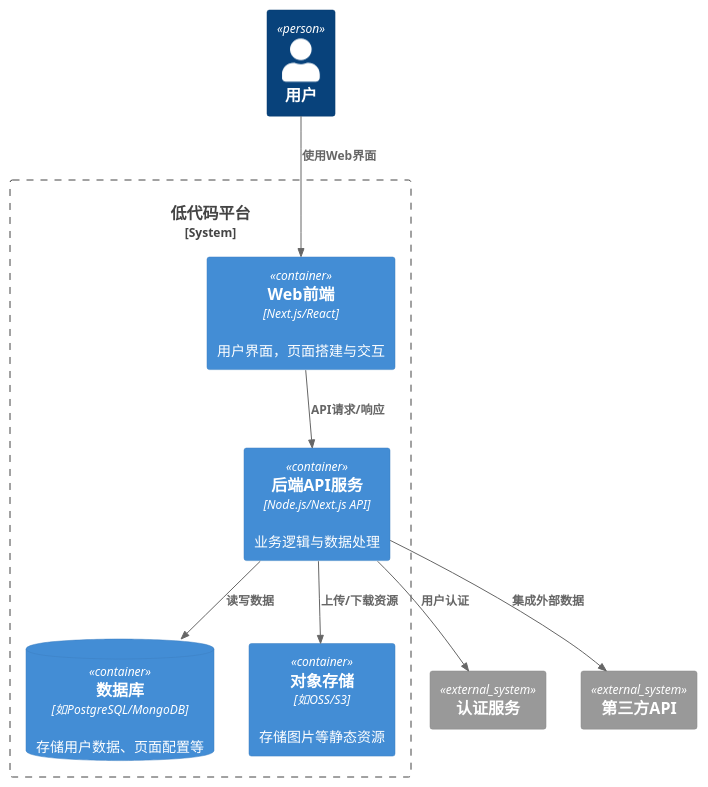
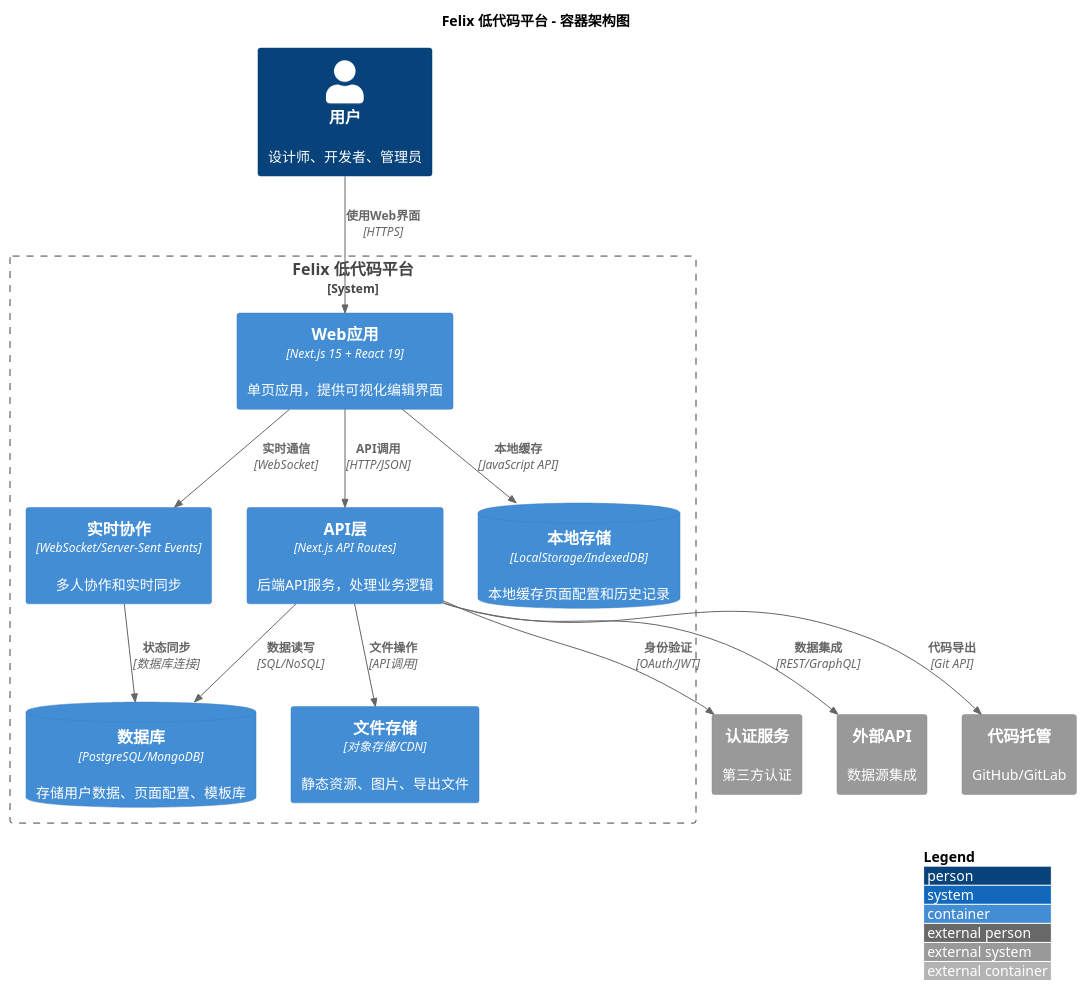
One commit to felixzhu97/low-code-platform changed the diagram in docs/architecture/c4-container.puml. Above: the diagram before and after it, drawn with PlantUML. The commit also changed 7 other files, not shown here.

First line of the commit message:
docs: Update architecture documentation with detailed C4 models and README

```diff
--- a/docs/architecture/c4-container.puml
+++ b/docs/architecture/c4-container.puml
@@ -1,21 +1,37 @@
 @startuml
 !include ./c4-plantuml/C4_Container.puml
 
-Person(user, "用户")
-System_Boundary(system, "低代码平台") {
-  Container(web, "Web前端", "Next.js/React", "用户界面，页面搭建与交互")
-  Container(api, "后端API服务", "Node.js/Next.js API", "业务逻辑与数据处理")
-  ContainerDb(db, "数据库", "如PostgreSQL/MongoDB", "存储用户数据、页面配置等")
-  Container(storage, "对象存储", "如OSS/S3", "存储图片等静态资源")
+LAYOUT_WITH_LEGEND()
+
+title Felix 低代码平台 - 容器架构图
+
+Person(user, "用户", "设计师、开发者、管理员")
+
+System_Boundary(lowcode, "Felix 低代码平台") {
+    Container(webapp, "Web应用", "Next.js 15 + React 19", "单页应用，提供可视化编辑界面")
+    Container(api, "API层", "Next.js API Routes", "后端API服务，处理业务逻辑")
+    Container(realtime, "实时协作", "WebSocket/Server-Sent Events", "多人协作和实时同步")
+    
+    ContainerDb(localstorage, "本地存储", "LocalStorage/IndexedDB", "本地缓存页面配置和历史记录")
+    ContainerDb(database, "数据库", "PostgreSQL/MongoDB", "存储用户数据、页面配置、模板库")
+    Container(storage, "文件存储", "对象存储/CDN", "静态资源、图片、导出文件")
 }
-System_Ext(auth, "认证服务")
-System_Ext(extapi, "第三方API")
 
-Rel(user, web, "使用Web界面")
-Rel(web, api, "API请求/响应")
-Rel(api, db, "读写数据")
-Rel(api, storage, "上传/下载资源")
-Rel(api, auth, "用户认证")
-Rel(api, extapi, "集成外部数据")
+System_Ext(auth, "认证服务", "第三方认证")
+System_Ext(external_api, "外部API", "数据源集成")
+System_Ext(git_service, "代码托管", "GitHub/GitLab")
+
+Rel(user, webapp, "使用Web界面", "HTTPS")
+Rel(webapp, api, "API调用", "HTTP/JSON")
+Rel(webapp, realtime, "实时通信", "WebSocket")
+Rel(webapp, localstorage, "本地缓存", "JavaScript API")
+
+Rel(api, database, "数据读写", "SQL/NoSQL")
+Rel(api, storage, "文件操作", "API调用")
+Rel(api, auth, "身份验证", "OAuth/JWT")
+Rel(api, external_api, "数据集成", "REST/GraphQL")
+Rel(api, git_service, "代码导出", "Git API")
+
+Rel(realtime, database, "状态同步", "数据库连接")
 
 @enduml 
```
